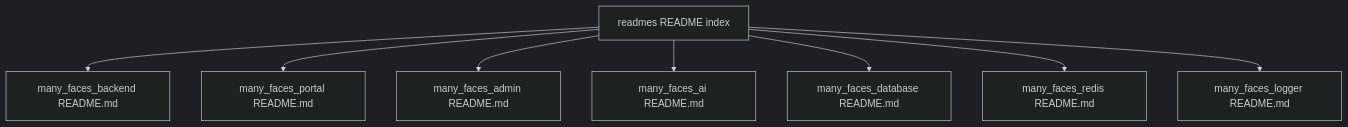
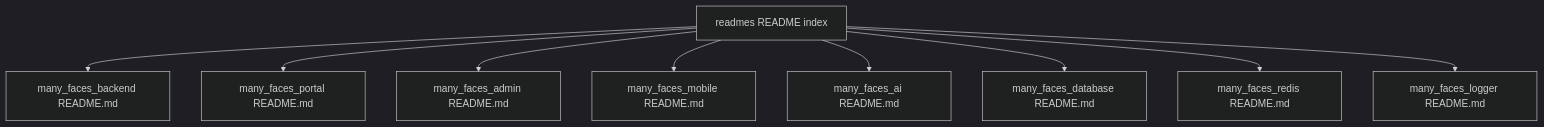
One commit to 01laky/mfai_demo changed the diagram in docs/readmes/README.md. Above: the diagram before and after it, drawn with Mermaid (dark theme). The commit also changed other lines of this file and 2 other files, not shown here.

````diff
--- a/docs/readmes/README.md
+++ b/docs/readmes/README.md
@@ -17,18 +20,20 @@
 ```mermaid
 flowchart TB
   Idx[readmes README index]
   BE[many_faces_backend README.md]
   FE[many_faces_portal README.md]
   AD[many_faces_admin README.md]
+  MB[many_faces_mobile README.md]
   AI[many_faces_ai README.md]
   DB[many_faces_database README.md]
   RD[many_faces_redis README.md]
   LG[many_faces_logger README.md]
   Idx --> BE
   Idx --> FE
   Idx --> AD
+  Idx --> MB
   Idx --> AI
   Idx --> DB
   Idx --> RD
   Idx --> LG
 ```
````
